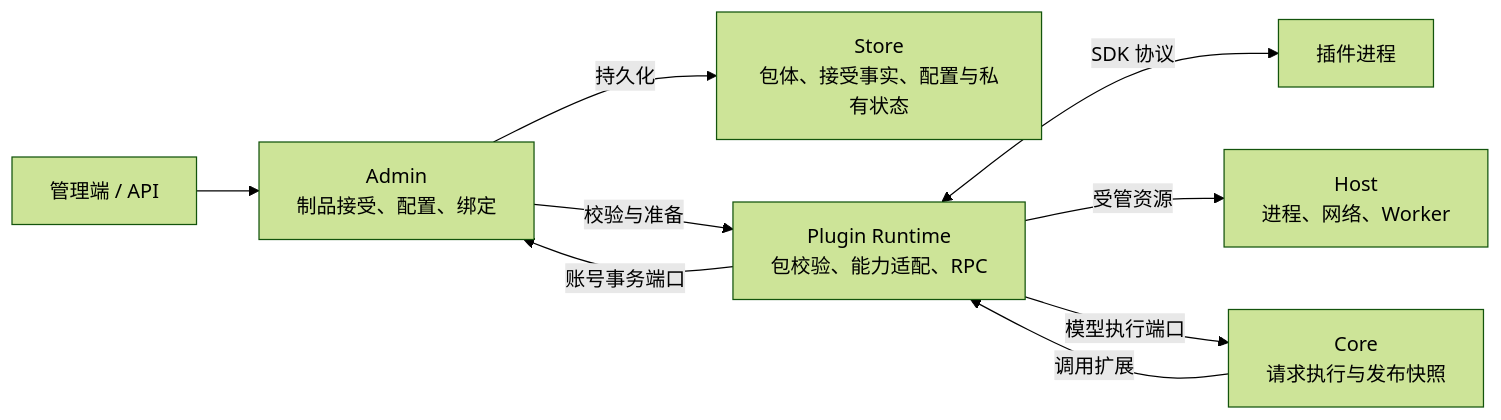
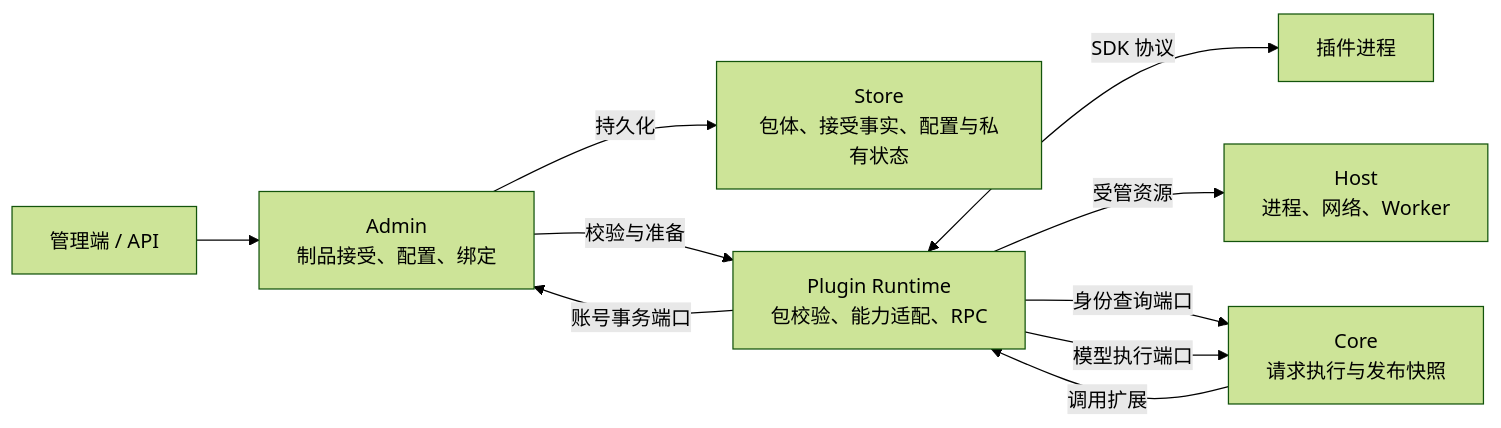
The second of 3 diagrams in docs/architecture.md (zyycn/codex-proxy-rs), drawn with Mermaid (forest theme) before and after one commit. The commit also changed other lines of this file and 15 other files, not shown here.

````diff
--- a/docs/architecture.md
+++ b/docs/architecture.md
@@ -106,11 +106,12 @@
 ```mermaid
 flowchart LR
   API["管理端 / API"] --> Admin["Admin<br/>制品接受、配置、绑定"]
   Admin -->|持久化| Store["Store<br/>包体、接受事实、配置与私有状态"]
   Admin -->|校验与准备| Runtime["Plugin Runtime<br/>包校验、能力适配、RPC"]
   Core["Core<br/>请求执行与发布快照"] -->|调用扩展| Runtime
   Runtime <-->|SDK 协议| Plugin["插件进程"]
   Runtime -->|受管资源| Host["Host<br/>进程、网络、Worker"]
   Runtime -->|账号事务端口| Admin
+  Runtime -->|身份查询端口| Core
   Runtime -->|模型执行端口| Core
 ```
````
